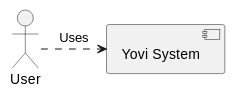
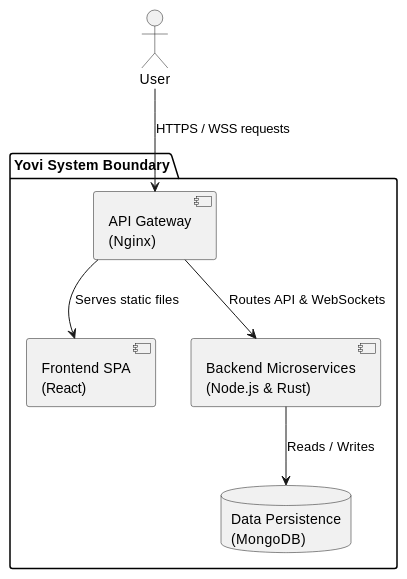
One commit to Arquisoft/yovi_es1a changed the first of 2 diagrams in docs/src/05_building_block_view.adoc. Above: the diagram before and after it, drawn with PlantUML. The commit also changed other lines of this file, not shown here.

Commit message:
docs(arc42): reestructurar Nivel 1 para reflejar los grandes bloques (Gateway, Backend, DB)

```diff
--- a/docs/src/05_building_block_view.adoc
+++ b/docs/src/05_building_block_view.adoc
@@ -19,9 +19,18 @@
 [plantuml]
 ----
 @startuml
 actor "User" as user
-component "Yovi System" as yovi
 
-user .right.> yovi : Uses
+package "Yovi System Boundary" {
+    component "API Gateway\n(Nginx)" as gateway
+    component "Frontend SPA\n(React)" as frontend
+    component "Backend Microservices\n(Node.js & Rust)" as backend
+    database "Data Persistence\n(MongoDB)" as db
+}
+
+user --> gateway : HTTPS / WSS requests
+gateway --> frontend : Serves static files
+gateway --> backend : Routes API & WebSockets
+backend --> db : Reads / Writes
 @enduml
 ----
```
